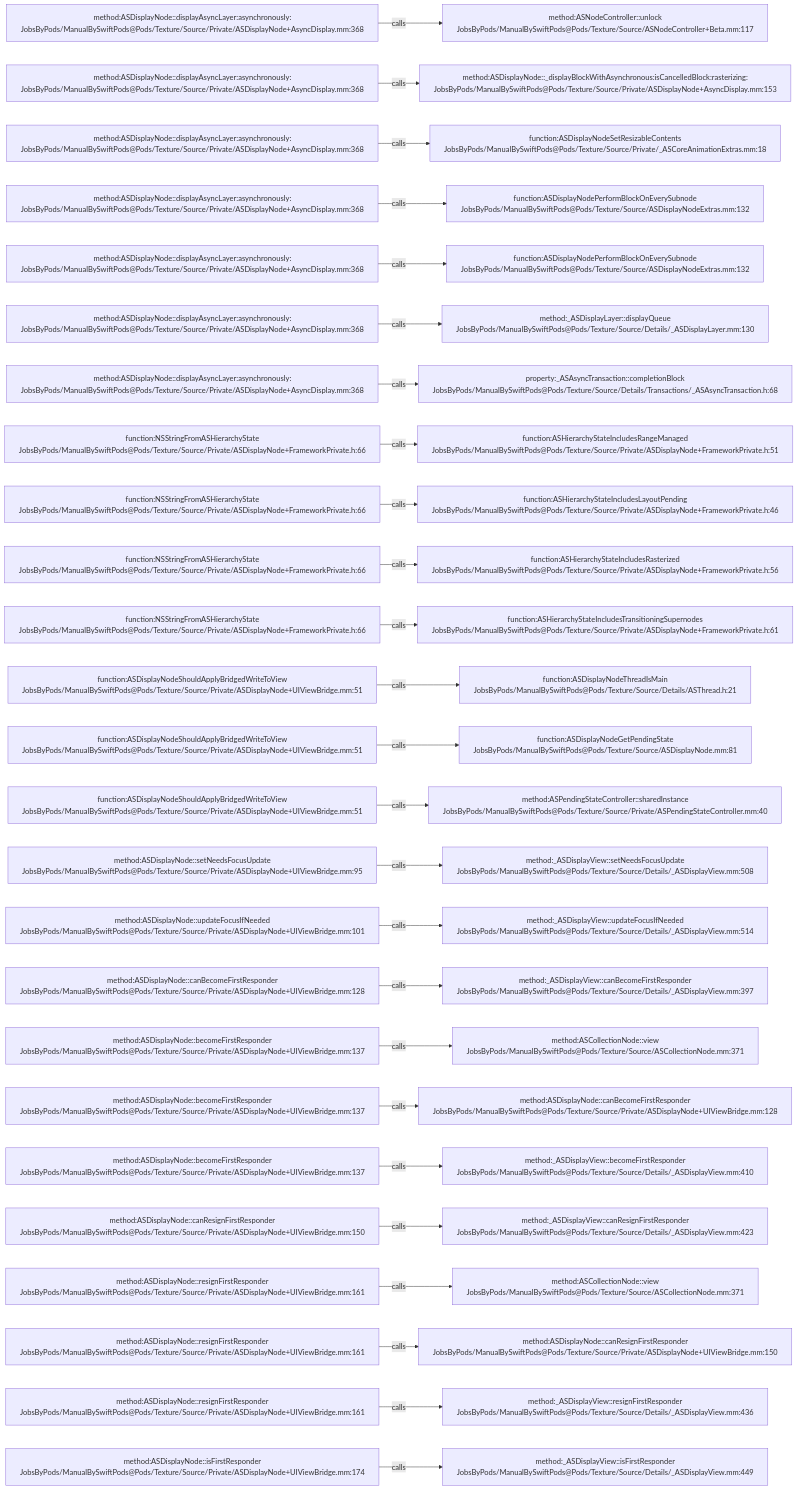
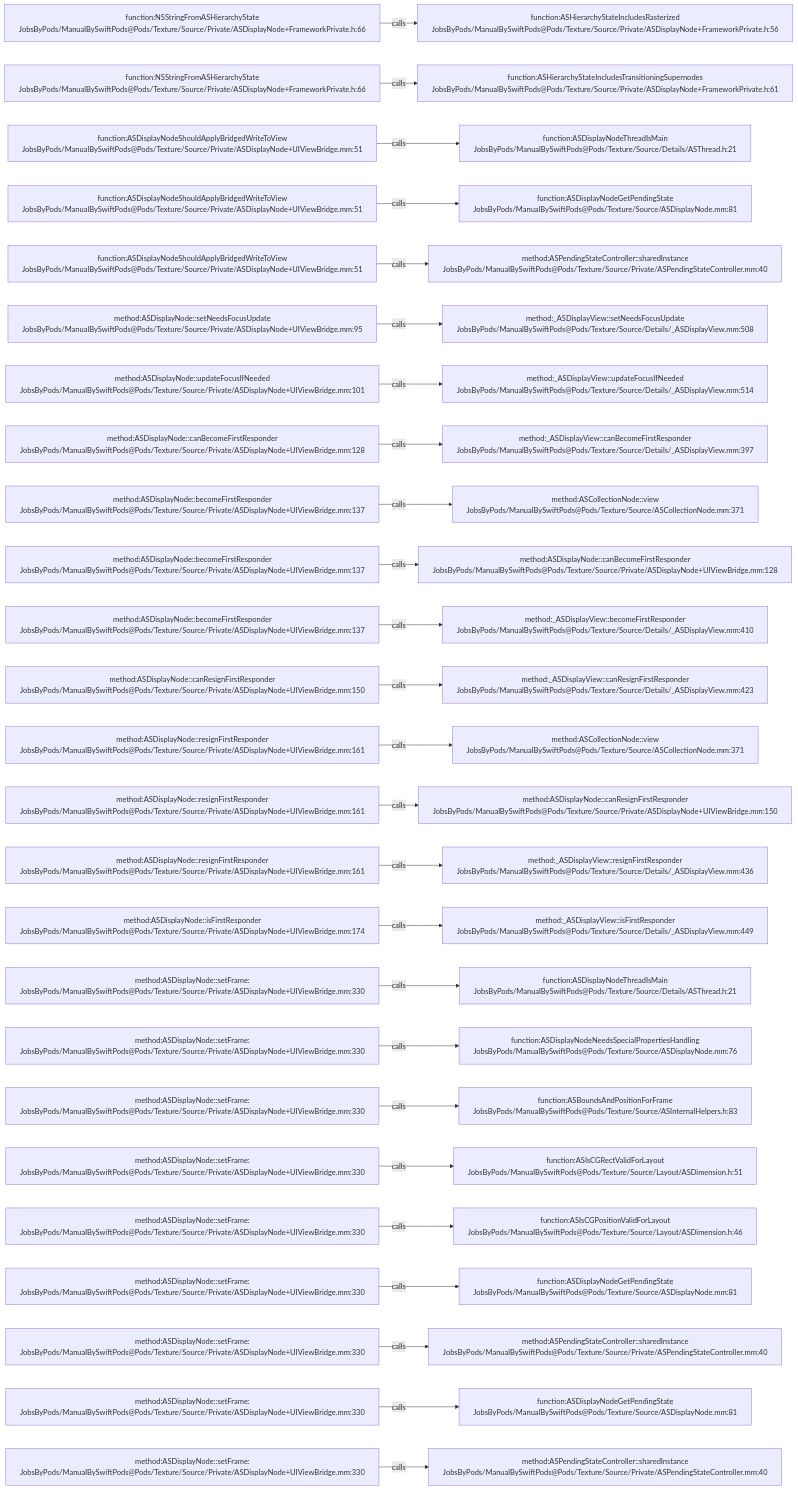
Before and after one commit to JobsKits/JobsSwiftBaseConfigDemo: the diagram in .codegraph/codegraph.md/graphs/calls-118.md, drawn with Mermaid. The commit also changed 707 other files, not shown here.

````diff
--- a/.codegraph/codegraph.md/graphs/calls-118.md
+++ b/.codegraph/codegraph.md/graphs/calls-118.md
@@ -13,78 +13,78 @@
 ```mermaid
 flowchart LR
-  S1["method:ASDisplayNode::displayAsyncLayer:asynchronously:<br/>JobsByPods/ManualBySwiftPods@Pods/Texture/Source/Private/ASDisplayNode+AsyncDisplay.mm:368"]
-  T1["method:ASNodeController::unlock<br/>JobsByPods/ManualBySwiftPods@Pods/Texture/Source/ASNodeController+Beta.mm:117"]
+  S1["function:NSStringFromASHierarchyState<br/>JobsByPods/ManualBySwiftPods@Pods/Texture/Source/Private/ASDisplayNode+FrameworkPrivate.h:66"]
+  T1["function:ASHierarchyStateIncludesRasterized<br/>JobsByPods/ManualBySwiftPods@Pods/Texture/Source/Private/ASDisplayNode+FrameworkPrivate.h:56"]
   S1 -->|calls| T1
-  S2["method:ASDisplayNode::displayAsyncLayer:asynchronously:<br/>JobsByPods/ManualBySwiftPods@Pods/Texture/Source/Private/ASDisplayNode+AsyncDisplay.mm:368"]
-  T2["method:ASDisplayNode::_displayBlockWithAsynchronous:isCancelledBlock:rasterizing:<br/>JobsByPods/ManualBySwiftPods@Pods/Texture/Source/Private/ASDisplayNode+AsyncDisplay.mm:153"]
+  S2["function:NSStringFromASHierarchyState<br/>JobsByPods/ManualBySwiftPods@Pods/Texture/Source/Private/ASDisplayNode+FrameworkPrivate.h:66"]
+  T2["function:ASHierarchyStateIncludesTransitioningSupernodes<br/>JobsByPods/ManualBySwiftPods@Pods/Texture/Source/Private/ASDisplayNode+FrameworkPrivate.h:61"]
   S2 -->|calls| T2
-  S3["method:ASDisplayNode::displayAsyncLayer:asynchronously:<br/>JobsByPods/ManualBySwiftPods@Pods/Texture/Source/Private/ASDisplayNode+AsyncDisplay.mm:368"]
-  T3["function:ASDisplayNodeSetResizableContents<br/>JobsByPods/ManualBySwiftPods@Pods/Texture/Source/Private/_ASCoreAnimationExtras.mm:18"]
+  S3["function:ASDisplayNodeShouldApplyBridgedWriteToView<br/>JobsByPods/ManualBySwiftPods@Pods/Texture/Source/Private/ASDisplayNode+UIViewBridge.mm:51"]
+  T3["function:ASDisplayNodeThreadIsMain<br/>JobsByPods/ManualBySwiftPods@Pods/Texture/Source/Details/ASThread.h:21"]
   S3 -->|calls| T3
-  S4["method:ASDisplayNode::displayAsyncLayer:asynchronously:<br/>JobsByPods/ManualBySwiftPods@Pods/Texture/Source/Private/ASDisplayNode+AsyncDisplay.mm:368"]
-  T4["function:ASDisplayNodePerformBlockOnEverySubnode<br/>JobsByPods/ManualBySwiftPods@Pods/Texture/Source/ASDisplayNodeExtras.mm:132"]
+  S4["function:ASDisplayNodeShouldApplyBridgedWriteToView<br/>JobsByPods/ManualBySwiftPods@Pods/Texture/Source/Private/ASDisplayNode+UIViewBridge.mm:51"]
+  T4["function:ASDisplayNodeGetPendingState<br/>JobsByPods/ManualBySwiftPods@Pods/Texture/Source/ASDisplayNode.mm:81"]
   S4 -->|calls| T4
-  S5["method:ASDisplayNode::displayAsyncLayer:asynchronously:<br/>JobsByPods/ManualBySwiftPods@Pods/Texture/Source/Private/ASDisplayNode+AsyncDisplay.mm:368"]
-  T5["function:ASDisplayNodePerformBlockOnEverySubnode<br/>JobsByPods/ManualBySwiftPods@Pods/Texture/Source/ASDisplayNodeExtras.mm:132"]
+  S5["function:ASDisplayNodeShouldApplyBridgedWriteToView<br/>JobsByPods/ManualBySwiftPods@Pods/Texture/Source/Private/ASDisplayNode+UIViewBridge.mm:51"]
+  T5["method:ASPendingStateController::sharedInstance<br/>JobsByPods/ManualBySwiftPods@Pods/Texture/Source/Private/ASPendingStateController.mm:40"]
   S5 -->|calls| T5
-  S6["method:ASDisplayNode::displayAsyncLayer:asynchronously:<br/>JobsByPods/ManualBySwiftPods@Pods/Texture/Source/Private/ASDisplayNode+AsyncDisplay.mm:368"]
-  T6["method:_ASDisplayLayer::displayQueue<br/>JobsByPods/ManualBySwiftPods@Pods/Texture/Source/Details/_ASDisplayLayer.mm:130"]
+  S6["method:ASDisplayNode::setNeedsFocusUpdate<br/>JobsByPods/ManualBySwiftPods@Pods/Texture/Source/Private/ASDisplayNode+UIViewBridge.mm:95"]
+  T6["method:_ASDisplayView::setNeedsFocusUpdate<br/>JobsByPods/ManualBySwiftPods@Pods/Texture/Source/Details/_ASDisplayView.mm:508"]
   S6 -->|calls| T6
-  S7["method:ASDisplayNode::displayAsyncLayer:asynchronously:<br/>JobsByPods/ManualBySwiftPods@Pods/Texture/Source/Private/ASDisplayNode+AsyncDisplay.mm:368"]
-  T7["property:_ASAsyncTransaction::completionBlock<br/>JobsByPods/ManualBySwiftPods@Pods/Texture/Source/Details/Transactions/_ASAsyncTransaction.h:68"]
+  S7["method:ASDisplayNode::updateFocusIfNeeded<br/>JobsByPods/ManualBySwiftPods@Pods/Texture/Source/Private/ASDisplayNode+UIViewBridge.mm:101"]
+  T7["method:_ASDisplayView::updateFocusIfNeeded<br/>JobsByPods/ManualBySwiftPods@Pods/Texture/Source/Details/_ASDisplayView.mm:514"]
   S7 -->|calls| T7
-  S8["function:NSStringFromASHierarchyState<br/>JobsByPods/ManualBySwiftPods@Pods/Texture/Source/Private/ASDisplayNode+FrameworkPrivate.h:66"]
-  T8["function:ASHierarchyStateIncludesRangeManaged<br/>JobsByPods/ManualBySwiftPods@Pods/Texture/Source/Private/ASDisplayNode+FrameworkPrivate.h:51"]
+  S8["method:ASDisplayNode::canBecomeFirstResponder<br/>JobsByPods/ManualBySwiftPods@Pods/Texture/Source/Private/ASDisplayNode+UIViewBridge.mm:128"]
+  T8["method:_ASDisplayView::canBecomeFirstResponder<br/>JobsByPods/ManualBySwiftPods@Pods/Texture/Source/Details/_ASDisplayView.mm:397"]
   S8 -->|calls| T8
-  S9["function:NSStringFromASHierarchyState<br/>JobsByPods/ManualBySwiftPods@Pods/Texture/Source/Private/ASDisplayNode+FrameworkPrivate.h:66"]
-  T9["function:ASHierarchyStateIncludesLayoutPending<br/>JobsByPods/ManualBySwiftPods@Pods/Texture/Source/Private/ASDisplayNode+FrameworkPrivate.h:46"]
+  S9["method:ASDisplayNode::becomeFirstResponder<br/>JobsByPods/ManualBySwiftPods@Pods/Texture/Source/Private/ASDisplayNode+UIViewBridge.mm:137"]
+  T9["method:ASCollectionNode::view<br/>JobsByPods/ManualBySwiftPods@Pods/Texture/Source/ASCollectionNode.mm:371"]
   S9 -->|calls| T9
-  S10["function:NSStringFromASHierarchyState<br/>JobsByPods/ManualBySwiftPods@Pods/Texture/Source/Private/ASDisplayNode+FrameworkPrivate.h:66"]
-  T10["function:ASHierarchyStateIncludesRasterized<br/>JobsByPods/ManualBySwiftPods@Pods/Texture/Source/Private/ASDisplayNode+FrameworkPrivate.h:56"]
+  S10["method:ASDisplayNode::becomeFirstResponder<br/>JobsByPods/ManualBySwiftPods@Pods/Texture/Source/Private/ASDisplayNode+UIViewBridge.mm:137"]
+  T10["method:ASDisplayNode::canBecomeFirstResponder<br/>JobsByPods/ManualBySwiftPods@Pods/Texture/Source/Private/ASDisplayNode+UIViewBridge.mm:128"]
   S10 -->|calls| T10
-  S11["function:NSStringFromASHierarchyState<br/>JobsByPods/ManualBySwiftPods@Pods/Texture/Source/Private/ASDisplayNode+FrameworkPrivate.h:66"]
-  T11["function:ASHierarchyStateIncludesTransitioningSupernodes<br/>JobsByPods/ManualBySwiftPods@Pods/Texture/Source/Private/ASDisplayNode+FrameworkPrivate.h:61"]
+  S11["method:ASDisplayNode::becomeFirstResponder<br/>JobsByPods/ManualBySwiftPods@Pods/Texture/Source/Private/ASDisplayNode+UIViewBridge.mm:137"]
+  T11["method:_ASDisplayView::becomeFirstResponder<br/>JobsByPods/ManualBySwiftPods@Pods/Texture/Source/Details/_ASDisplayView.mm:410"]
   S11 -->|calls| T11
-  S12["function:ASDisplayNodeShouldApplyBridgedWriteToView<br/>JobsByPods/ManualBySwiftPods@Pods/Texture/Source/Private/ASDisplayNode+UIViewBridge.mm:51"]
-  T12["function:ASDisplayNodeThreadIsMain<br/>JobsByPods/ManualBySwiftPods@Pods/Texture/Source/Details/ASThread.h:21"]
+  S12["method:ASDisplayNode::canResignFirstResponder<br/>JobsByPods/ManualBySwiftPods@Pods/Texture/Source/Private/ASDisplayNode+UIViewBridge.mm:150"]
+  T12["method:_ASDisplayView::canResignFirstResponder<br/>JobsByPods/ManualBySwiftPods@Pods/Texture/Source/Details/_ASDisplayView.mm:423"]
   S12 -->|calls| T12
-  S13["function:ASDisplayNodeShouldApplyBridgedWriteToView<br/>JobsByPods/ManualBySwiftPods@Pods/Texture/Source/Private/ASDisplayNode+UIViewBridge.mm:51"]
-  T13["function:ASDisplayNodeGetPendingState<br/>JobsByPods/ManualBySwiftPods@Pods/Texture/Source/ASDisplayNode.mm:81"]
+  S13["method:ASDisplayNode::resignFirstResponder<br/>JobsByPods/ManualBySwiftPods@Pods/Texture/Source/Private/ASDisplayNode+UIViewBridge.mm:161"]
+  T13["method:ASCollectionNode::view<br/>JobsByPods/ManualBySwiftPods@Pods/Texture/Source/ASCollectionNode.mm:371"]
   S13 -->|calls| T13
-  S14["function:ASDisplayNodeShouldApplyBridgedWriteToView<br/>JobsByPods/ManualBySwiftPods@Pods/Texture/Source/Private/ASDisplayNode+UIViewBridge.mm:51"]
-  T14["method:ASPendingStateController::sharedInstance<br/>JobsByPods/ManualBySwiftPods@Pods/Texture/Source/Private/ASPendingStateController.mm:40"]
+  S14["method:ASDisplayNode::resignFirstResponder<br/>JobsByPods/ManualBySwiftPods@Pods/Texture/Source/Private/ASDisplayNode+UIViewBridge.mm:161"]
+  T14["method:ASDisplayNode::canResignFirstResponder<br/>JobsByPods/ManualBySwiftPods@Pods/Texture/Source/Private/ASDisplayNode+UIViewBridge.mm:150"]
   S14 -->|calls| T14
-  S15["method:ASDisplayNode::setNeedsFocusUpdate<br/>JobsByPods/ManualBySwiftPods@Pods/Texture/Source/Private/ASDisplayNode+UIViewBridge.mm:95"]
-  T15["method:_ASDisplayView::setNeedsFocusUpdate<br/>JobsByPods/ManualBySwiftPods@Pods/Texture/Source/Details/_ASDisplayView.mm:508"]
+  S15["method:ASDisplayNode::resignFirstResponder<br/>JobsByPods/ManualBySwiftPods@Pods/Texture/Source/Private/ASDisplayNode+UIViewBridge.mm:161"]
+  T15["method:_ASDisplayView::resignFirstResponder<br/>JobsByPods/ManualBySwiftPods@Pods/Texture/Source/Details/_ASDisplayView.mm:436"]
   S15 -->|calls| T15
-  S16["method:ASDisplayNode::updateFocusIfNeeded<br/>JobsByPods/ManualBySwiftPods@Pods/Texture/Source/Private/ASDisplayNode+UIViewBridge.mm:101"]
-  T16["method:_ASDisplayView::updateFocusIfNeeded<br/>JobsByPods/ManualBySwiftPods@Pods/Texture/Source/Details/_ASDisplayView.mm:514"]
+  S16["method:ASDisplayNode::isFirstResponder<br/>JobsByPods/ManualBySwiftPods@Pods/Texture/Source/Private/ASDisplayNode+UIViewBridge.mm:174"]
+  T16["method:_ASDisplayView::isFirstResponder<br/>JobsByPods/ManualBySwiftPods@Pods/Texture/Source/Details/_ASDisplayView.mm:449"]
   S16 -->|calls| T16
-  S17["method:ASDisplayNode::canBecomeFirstResponder<br/>JobsByPods/ManualBySwiftPods@Pods/Texture/Source/Private/ASDisplayNode+UIViewBridge.mm:128"]
-  T17["method:_ASDisplayView::canBecomeFirstResponder<br/>JobsByPods/ManualBySwiftPods@Pods/Texture/Source/Details/_ASDisplayView.mm:397"]
+  S17["method:ASDisplayNode::setFrame:<br/>JobsByPods/ManualBySwiftPods@Pods/Texture/Source/Private/ASDisplayNode+UIViewBridge.mm:330"]
+  T17["function:ASDisplayNodeThreadIsMain<br/>JobsByPods/ManualBySwiftPods@Pods/Texture/Source/Details/ASThread.h:21"]
   S17 -->|calls| T17
-  S18["method:ASDisplayNode::becomeFirstResponder<br/>JobsByPods/ManualBySwiftPods@Pods/Texture/Source/Private/ASDisplayNode+UIViewBridge.mm:137"]
-  T18["method:ASCollectionNode::view<br/>JobsByPods/ManualBySwiftPods@Pods/Texture/Source/ASCollectionNode.mm:371"]
+  S18["method:ASDisplayNode::setFrame:<br/>JobsByPods/ManualBySwiftPods@Pods/Texture/Source/Private/ASDisplayNode+UIViewBridge.mm:330"]
+  T18["function:ASDisplayNodeNeedsSpecialPropertiesHandling<br/>JobsByPods/ManualBySwiftPods@Pods/Texture/Source/ASDisplayNode.mm:76"]
   S18 -->|calls| T18
-  S19["method:ASDisplayNode::becomeFirstResponder<br/>JobsByPods/ManualBySwiftPods@Pods/Texture/Source/Private/ASDisplayNode+UIViewBridge.mm:137"]
-  T19["method:ASDisplayNode::canBecomeFirstResponder<br/>JobsByPods/ManualBySwiftPods@Pods/Texture/Source/Private/ASDisplayNode+UIViewBridge.mm:128"]
+  S19["method:ASDisplayNode::setFrame:<br/>JobsByPods/ManualBySwiftPods@Pods/Texture/Source/Private/ASDisplayNode+UIViewBridge.mm:330"]
+  T19["function:ASBoundsAndPositionForFrame<br/>JobsByPods/ManualBySwiftPods@Pods/Texture/Source/ASInternalHelpers.h:83"]
   S19 -->|calls| T19
-  S20["method:ASDisplayNode::becomeFirstResponder<br/>JobsByPods/ManualBySwiftPods@Pods/Texture/Source/Private/ASDisplayNode+UIViewBridge.mm:137"]
-  T20["method:_ASDisplayView::becomeFirstResponder<br/>JobsByPods/ManualBySwiftPods@Pods/Texture/Source/Details/_ASDisplayView.mm:410"]
+  S20["method:ASDisplayNode::setFrame:<br/>JobsByPods/ManualBySwiftPods@Pods/Texture/Source/Private/ASDisplayNode+UIViewBridge.mm:330"]
+  T20["function:ASIsCGRectValidForLayout<br/>JobsByPods/ManualBySwiftPods@Pods/Texture/Source/Layout/ASDimension.h:51"]
   S20 -->|calls| T20
-  S21["method:ASDisplayNode::canResignFirstResponder<br/>JobsByPods/ManualBySwiftPods@Pods/Texture/Source/Private/ASDisplayNode+UIViewBridge.mm:150"]
-  T21["method:_ASDisplayView::canResignFirstResponder<br/>JobsByPods/ManualBySwiftPods@Pods/Texture/Source/Details/_ASDisplayView.mm:423"]
+  S21["method:ASDisplayNode::setFrame:<br/>JobsByPods/ManualBySwiftPods@Pods/Texture/Source/Private/ASDisplayNode+UIViewBridge.mm:330"]
+  T21["function:ASIsCGPositionValidForLayout<br/>JobsByPods/ManualBySwiftPods@Pods/Texture/Source/Layout/ASDimension.h:46"]
   S21 -->|calls| T21
-  S22["method:ASDisplayNode::resignFirstResponder<br/>JobsByPods/ManualBySwiftPods@Pods/Texture/Source/Private/ASDisplayNode+UIViewBridge.mm:161"]
-  T22["method:ASCollectionNode::view<br/>JobsByPods/ManualBySwiftPods@Pods/Texture/Source/ASCollectionNode.mm:371"]
+  S22["method:ASDisplayNode::setFrame:<br/>JobsByPods/ManualBySwiftPods@Pods/Texture/Source/Private/ASDisplayNode+UIViewBridge.mm:330"]
+  T22["function:ASDisplayNodeGetPendingState<br/>JobsByPods/ManualBySwiftPods@Pods/Texture/Source/ASDisplayNode.mm:81"]
   S22 -->|calls| T22
-  S23["method:ASDisplayNode::resignFirstResponder<br/>JobsByPods/ManualBySwiftPods@Pods/Texture/Source/Private/ASDisplayNode+UIViewBridge.mm:161"]
-  T23["method:ASDisplayNode::canResignFirstResponder<br/>JobsByPods/ManualBySwiftPods@Pods/Texture/Source/Private/ASDisplayNode+UIViewBridge.mm:150"]
+  S23["method:ASDisplayNode::setFrame:<br/>JobsByPods/ManualBySwiftPods@Pods/Texture/Source/Private/ASDisplayNode+UIViewBridge.mm:330"]
+  T23["method:ASPendingStateController::sharedInstance<br/>JobsByPods/ManualBySwiftPods@Pods/Texture/Source/Private/ASPendingStateController.mm:40"]
   S23 -->|calls| T23
-  S24["method:ASDisplayNode::resignFirstResponder<br/>JobsByPods/ManualBySwiftPods@Pods/Texture/Source/Private/ASDisplayNode+UIViewBridge.mm:161"]
-  T24["method:_ASDisplayView::resignFirstResponder<br/>JobsByPods/ManualBySwiftPods@Pods/Texture/Source/Details/_ASDisplayView.mm:436"]
+  S24["method:ASDisplayNode::setFrame:<br/>JobsByPods/ManualBySwiftPods@Pods/Texture/Source/Private/ASDisplayNode+UIViewBridge.mm:330"]
+  T24["function:ASDisplayNodeGetPendingState<br/>JobsByPods/ManualBySwiftPods@Pods/Texture/Source/ASDisplayNode.mm:81"]
   S24 -->|calls| T24
-  S25["method:ASDisplayNode::isFirstResponder<br/>JobsByPods/ManualBySwiftPods@Pods/Texture/Source/Private/ASDisplayNode+UIViewBridge.mm:174"]
-  T25["method:_ASDisplayView::isFirstResponder<br/>JobsByPods/ManualBySwiftPods@Pods/Texture/Source/Details/_ASDisplayView.mm:449"]
+  S25["method:ASDisplayNode::setFrame:<br/>JobsByPods/ManualBySwiftPods@Pods/Texture/Source/Private/ASDisplayNode+UIViewBridge.mm:330"]
+  T25["method:ASPendingStateController::sharedInstance<br/>JobsByPods/ManualBySwiftPods@Pods/Texture/Source/Private/ASPendingStateController.mm:40"]
   S25 -->|calls| T25
 ```
````
